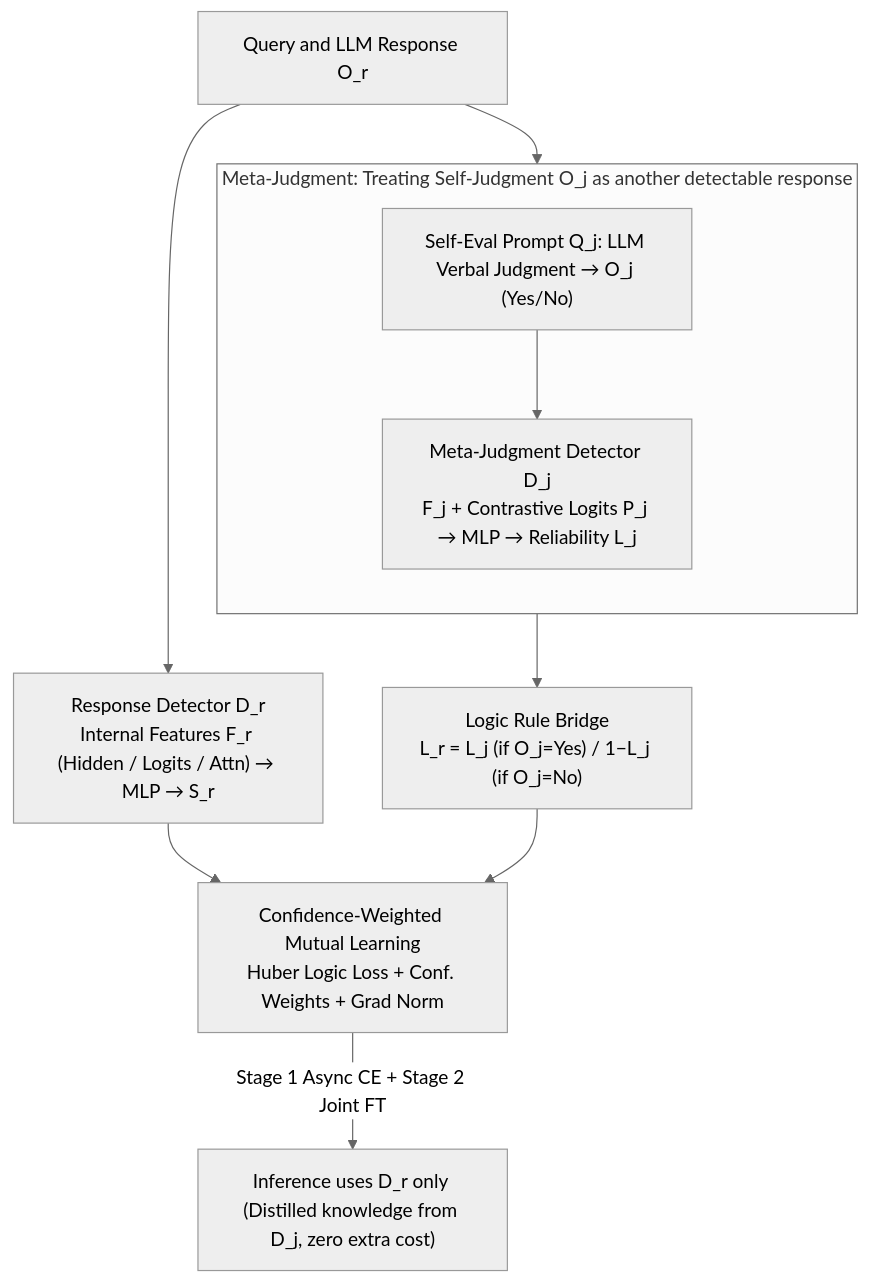
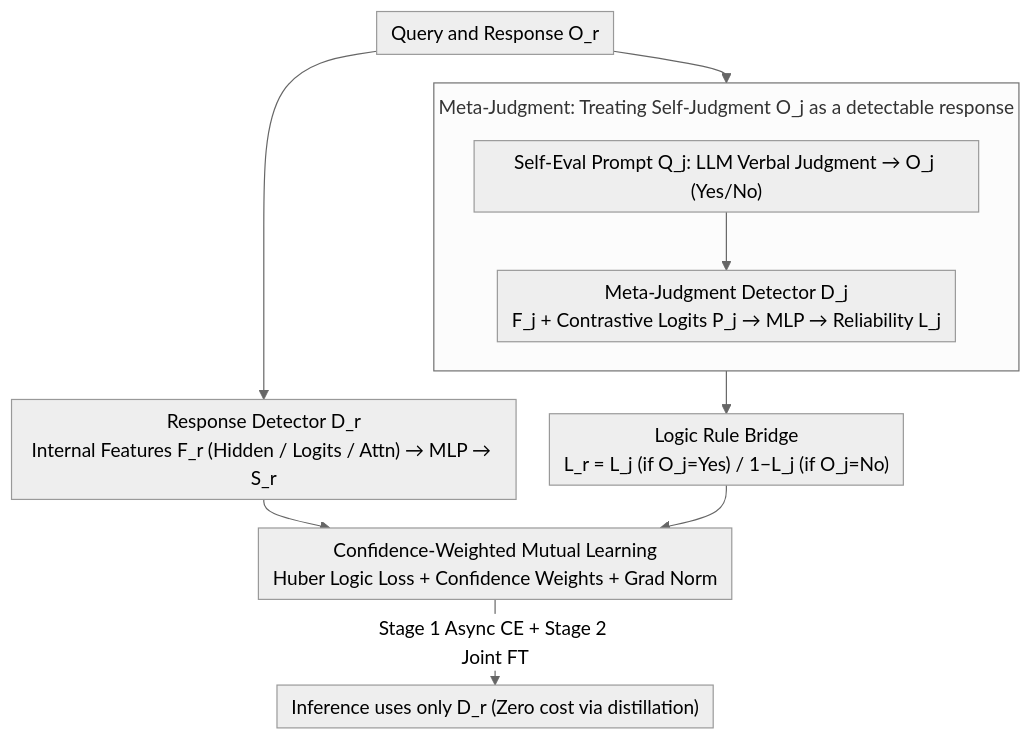
The diagram in docs/ACL2026/hallucination/logical_consistency_as_a_bridge_improving_llm_hallucination_detection_via_label_.md (zhaoyang97/Paper-Notes-en), drawn with Mermaid (neutral theme) before and after one commit. The commit also changed other lines of this file and 5084 other files, not shown here.

````diff
--- a/docs/ACL2026/hallucination/logical_consistency_as_a_bridge_improving_llm_hallucination_detection_via_label_.md
+++ b/docs/ACL2026/hallucination/logical_consistency_as_a_bridge_improving_llm_hallucination_detection_via_label_.md
@@ -51,13 +51,14 @@
 ```mermaid
+%%{init: {'flowchart': {'rankSpacing': 24, 'nodeSpacing': 28, 'padding': 6, 'wrappingWidth': 400, 'subGraphTitleMargin': {'top': 8, 'bottom': 16}}}}%%
 flowchart TD
-    Q["Query and LLM Response O_r"] --> DR["Response Detector D_r<br/>Internal Features F_r (Hidden / Logits / Attn) → MLP → S_r"]
+    Q["Query and Response O_r"] --> DR["Response Detector D_r<br/>Internal Features F_r (Hidden / Logits / Attn) → MLP → S_r"]
     Q --> EVAL["Self-Eval Prompt Q_j: LLM Verbal Judgment → O_j (Yes/No)"]
-    subgraph META["Meta-Judgment: Treating Self-Judgment O_j as another detectable response"]
+    subgraph META["Meta-Judgment: Treating Self-Judgment O_j as a detectable response"]
         direction TB
         EVAL --> DJ["Meta-Judgment Detector D_j<br/>F_j + Contrastive Logits P_j → MLP → Reliability L_j"]
     end
     DJ --> BRIDGE["Logic Rule Bridge<br/>L_r = L_j (if O_j=Yes) / 1−L_j (if O_j=No)"]
-    DR --> ML["Confidence-Weighted Mutual Learning<br/>Huber Logic Loss + Conf. Weights + Grad Norm"]
+    DR --> ML["Confidence-Weighted Mutual Learning<br/>Huber Logic Loss + Confidence Weights + Grad Norm"]
     BRIDGE --> ML
-    ML -->|Stage 1 Async CE + Stage 2 Joint FT| OUT["Inference uses D_r only (Distilled knowledge from D_j, zero extra cost)"]
+    ML -->|Stage 1 Async CE + Stage 2 Joint FT| OUT["Inference uses only D_r (Zero cost via distillation)"]
 ```
````
